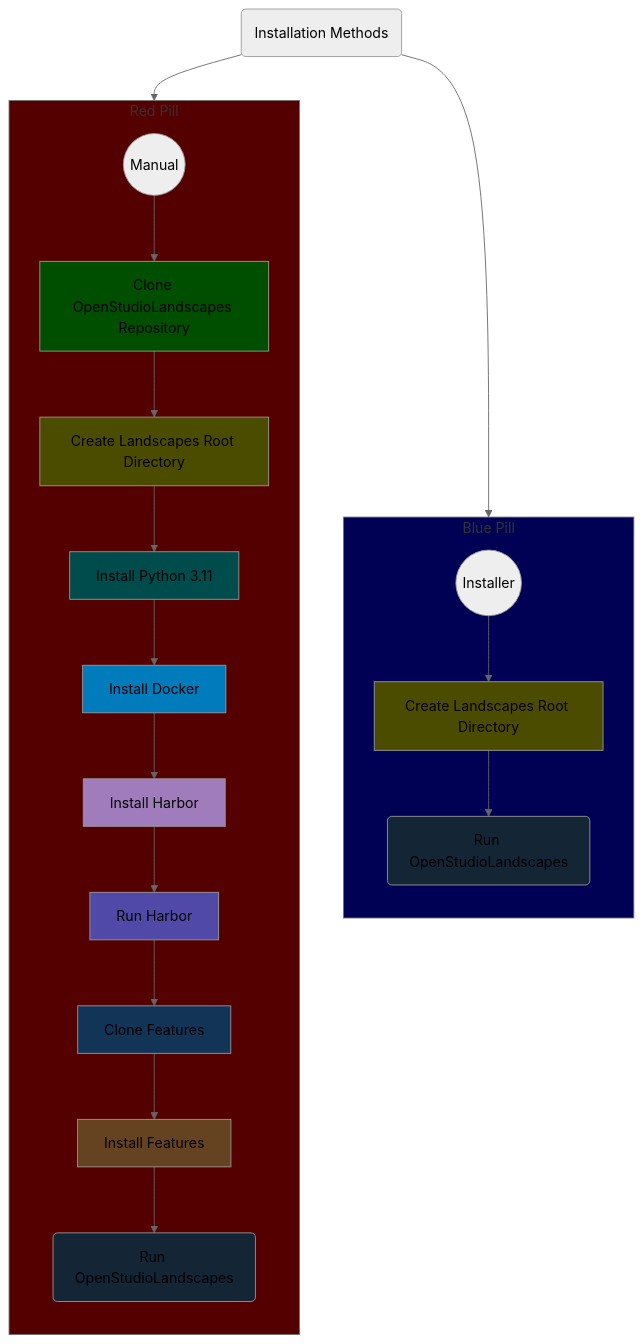
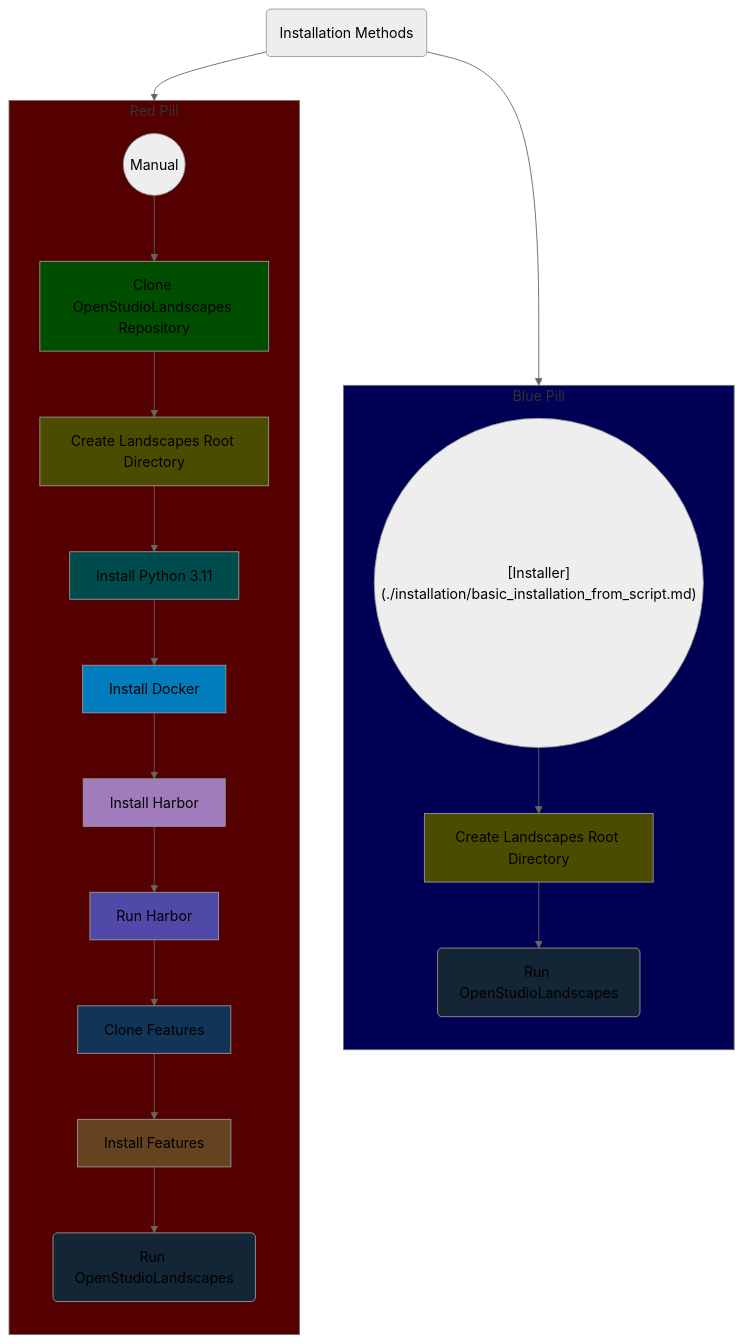
Before and after one commit to michimussato/OpenStudioLandscapes: the first of 3 diagrams in wiki/README.md, drawn with Mermaid (neutral theme).

```diff
--- a/wiki/README.md
+++ b/wiki/README.md
@@ -60,8 +60,8 @@
     click manual "/installation/basic_installation.md#basic-installation"
     %% docker((Docker))
     %% click docker "/installation/basic_installation.md#install-docker"
-    script((Installer))
-    click script href "#contributors"
+    script(("`[Installer](./installation/basic_installation_from_script.md)`"))
+    %% click script href "#contributors"
 
     classDef clone_repo fill:#004f00;
     clone_repo_manual[Clone OpenStudioLandscapes Repository]
```
